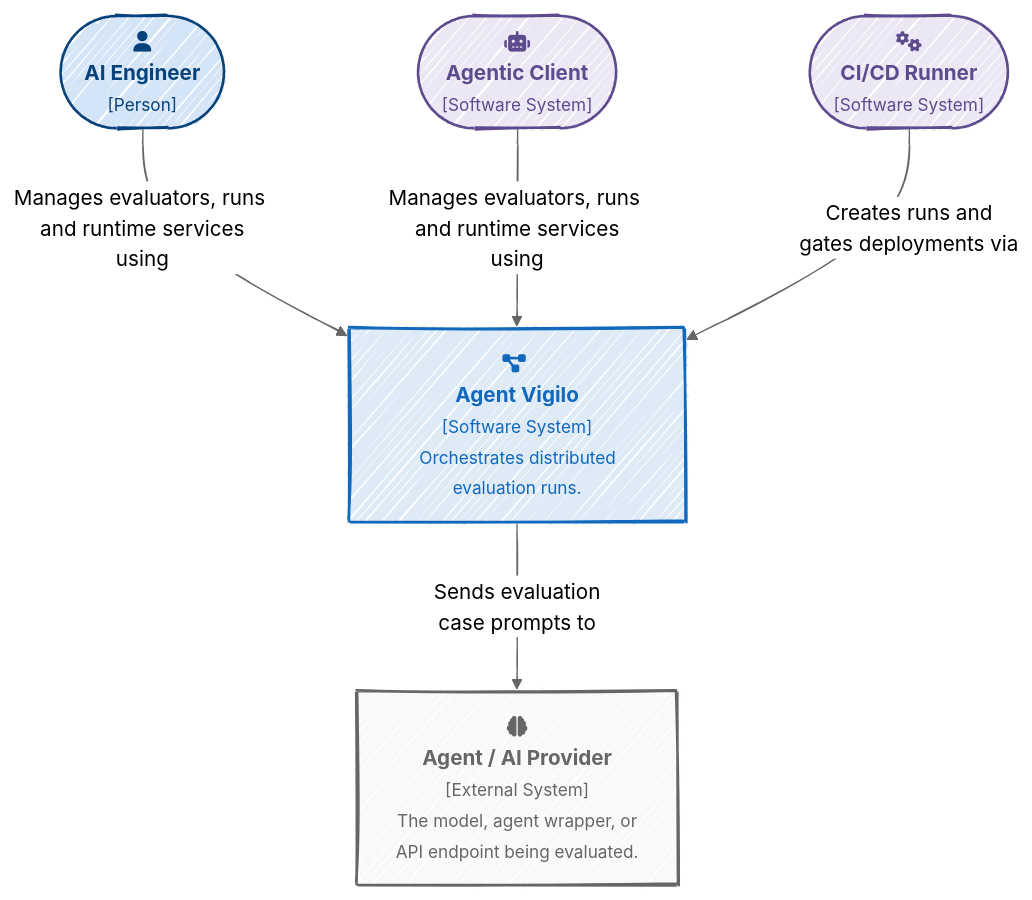
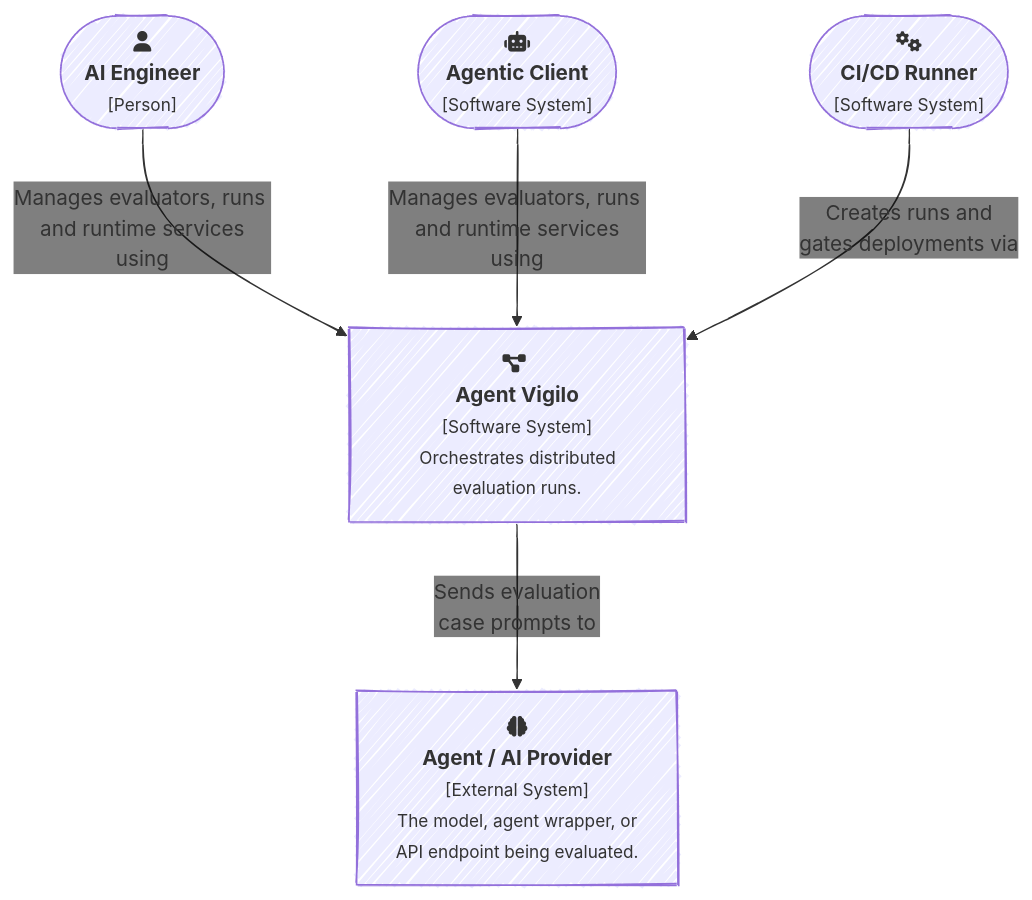
The diagram in web/docs/architecture/structure/context/diagram.mmd (gregl83/agent-vigilo), drawn with Mermaid before and after one commit. The commit also changed 2 other files, not shown here.

Commit message:
update mermaid diagram object colors
- supports dark/light modes

```diff
--- a/web/docs/architecture/structure/context/diagram.mmd
+++ b/web/docs/architecture/structure/context/diagram.mmd
@@ -1,33 +1,28 @@
 ---
 config:
-  theme: neutral
   look: handDrawn
   flowchart:
     nodeSpacing: 150
     rankSpacing: 80
+  themeVariables:
+    edgeLabelBackground: 'transparent'
 ---
 flowchart TD
-    %% styles
-    classDef actor fill:#ebe7f5,color:#5e4b8d,stroke:#5e4b8d,stroke-width:2px
-    classDef person fill:#d4e5f7,color:#08427b,stroke:#08427b,stroke-width:2px
-    classDef system fill:#deebf7,color:#1168bd,stroke:#1168bd,stroke-width:2px
-    classDef external fill:#f9f9f9,color:#666,stroke:#666,stroke-width:2px
-
     %% actors
     User(["fa:fa-user <br/> <b>AI Engineer</b> <br/> <small>[Person]</small>"]):::person
     AgentClient(["fa:fa-robot <br/> <b>Agentic Client</b> <br/> <small>[Software System]</small>"]):::actor
     CICD(["fa:fa-gears <br/> <b>CI/CD Runner</b> <br/> <small>[Software System]</small>"]):::actor
 
     %% main system
     AgentVigilo["fa:fa-diagram-project <br/> <b>Agent Vigilo</b> <br/> <small>[Software System]</small> <br/> <small>Orchestrates distributed evaluation runs.</small>"]:::system
 
     %% external target
     TargetAgent["fa:fa-brain <br/> <b>Agent / AI Provider</b> <br/> <small>[External System]</small> <br/> <small>The model, agent wrapper, or <br/> API endpoint being evaluated.</small>"]:::external
 
     %% edges
     User & AgentClient -->|"Manages evaluators, runs <br/> and runtime services using"| AgentVigilo
     CICD -->|Creates runs and <br/> gates deployments via| AgentVigilo
     AgentVigilo -->|Sends evaluation <br/> case prompts to| TargetAgent
 
     %% links
     click AgentVigilo "/docs/architecture/structure/containers/agent-vigilo/" "Agent Vigilo Containers"
```
